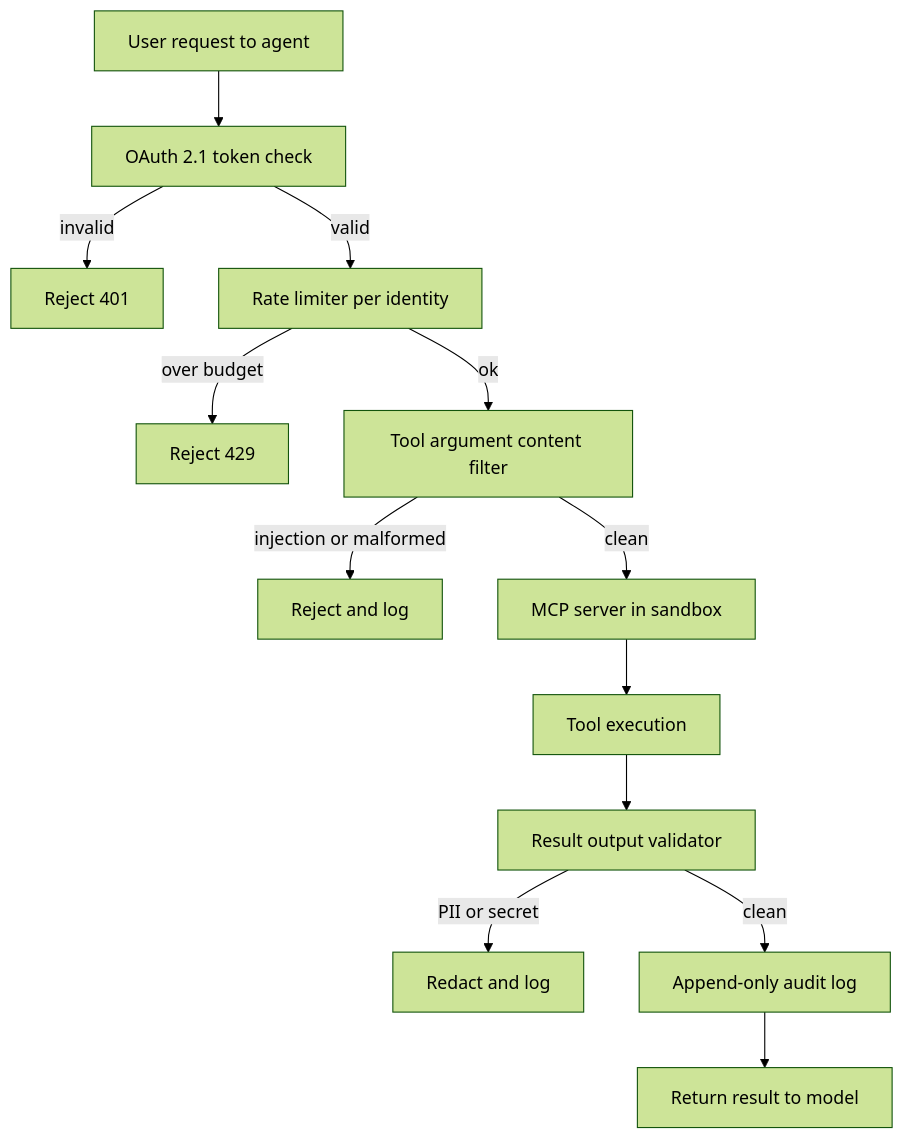
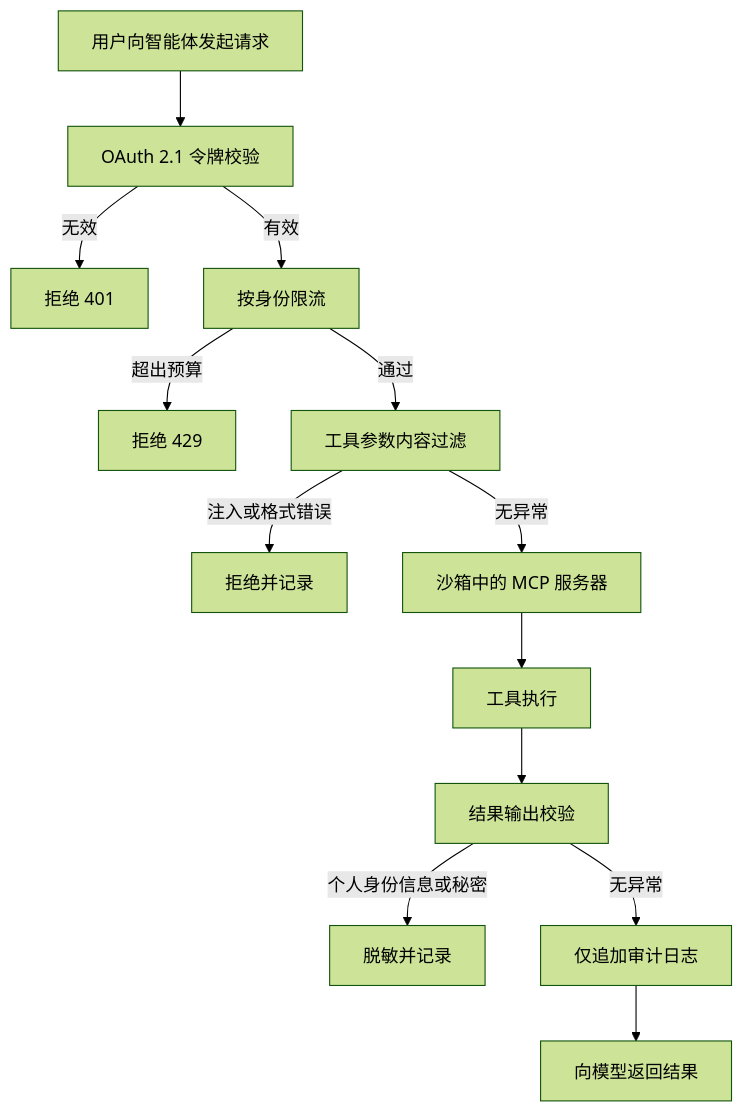
One commit to ChiHoc/ai-system-design-guide-zh changed the fifth of 5 diagrams in 07-agentic-systems/03-tool-use-and-mcp.md. Above: the diagram before and after it, drawn with Mermaid (forest theme). The commit also changed other lines of this file and 17 other files, not shown here.

````diff
--- a/07-agentic-systems/03-tool-use-and-mcp.md
+++ b/07-agentic-systems/03-tool-use-and-mcp.md
@@ -359,15 +420,15 @@
 ```mermaid
 flowchart TD
-    A[User request to agent] --> B[OAuth 2.1 token check]
-    B -->|invalid| X[Reject 401]
-    B -->|valid| C[Rate limiter per identity]
-    C -->|over budget| Y[Reject 429]
-    C -->|ok| D[Tool argument content filter]
-    D -->|injection or malformed| Z[Reject and log]
-    D -->|clean| E[MCP server in sandbox]
-    E --> F[Tool execution]
-    F --> G[Result output validator]
-    G -->|PII or secret| W[Redact and log]
-    G -->|clean| H[Append-only audit log]
-    H --> I[Return result to model]
+    A[用户向智能体发起请求] --> B[OAuth 2.1 令牌校验]
+    B -->|无效| X[拒绝 401]
+    B -->|有效| C[按身份限流]
+    C -->|超出预算| Y[拒绝 429]
+    C -->|通过| D[工具参数内容过滤]
+    D -->|注入或格式错误| Z[拒绝并记录]
+    D -->|无异常| E[沙箱中的 MCP 服务器]
+    E --> F[工具执行]
+    F --> G[结果输出校验]
+    G -->|个人身份信息或秘密| W[脱敏并记录]
+    G -->|无异常| H[仅追加审计日志]
+    H --> I[向模型返回结果]
 ```
````
